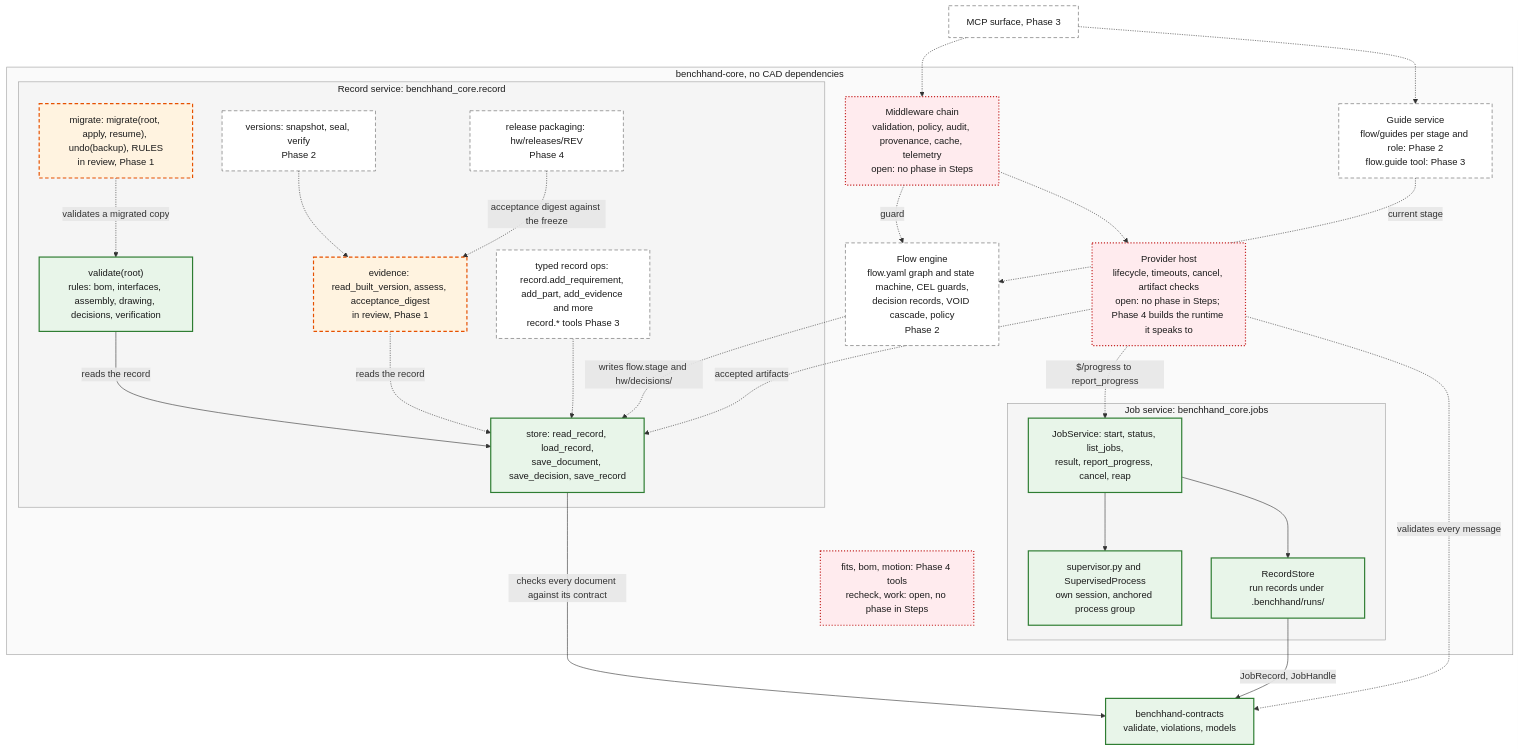
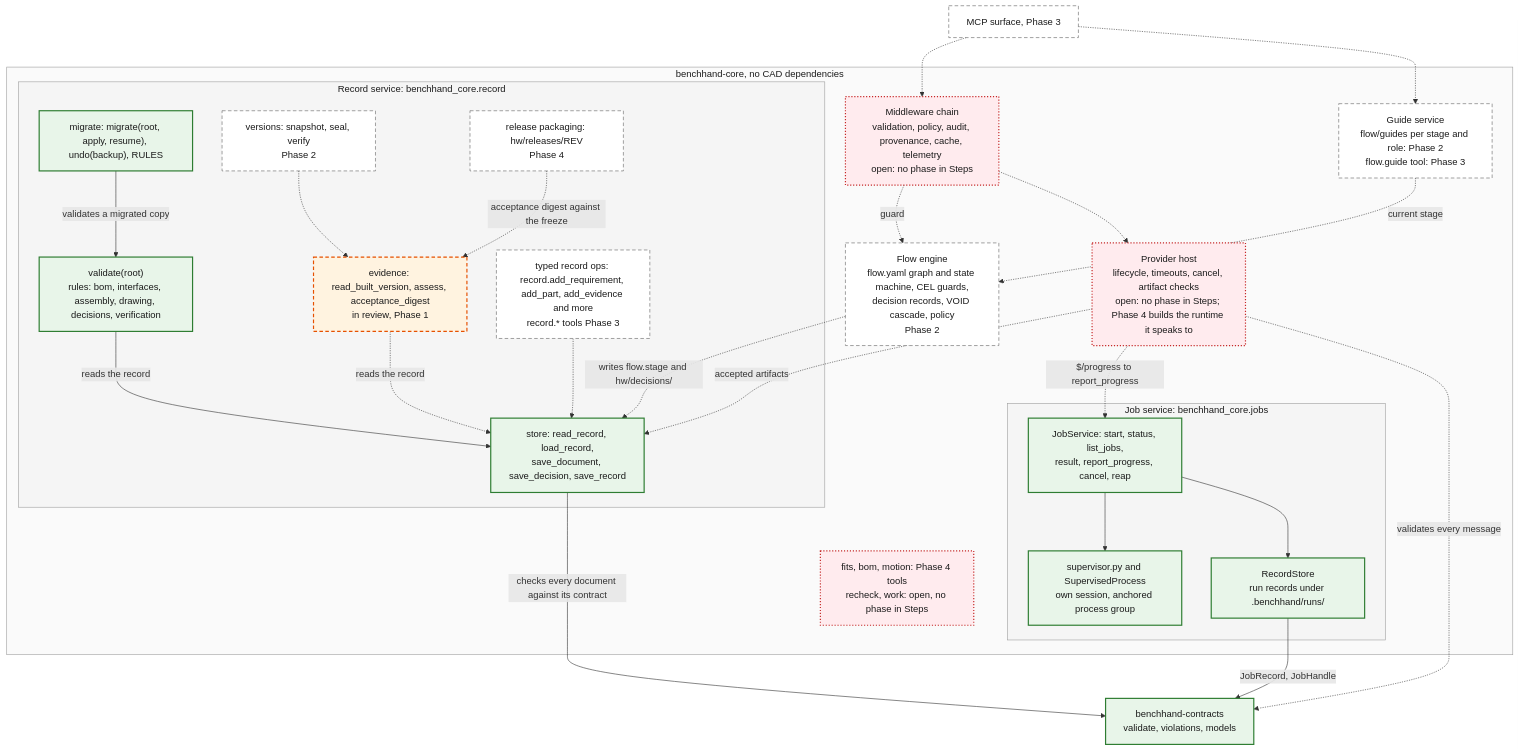
One commit to benchhand/benchhand-next changed the second of 3 diagrams in docs/architecture/containers.md. Above: the diagram before and after it, drawn with Mermaid. The commit also changed other lines of this file and 4 other files, not shown here.

Commit message:
docs(architecture): migrate is on main at d974f57; redraw the migrate sequence with the owner file, the lock naming its backup, COMPLETE with the manifest hash and kept ABANDONED backups

````diff
--- a/docs/architecture/containers.md
+++ b/docs/architecture/containers.md
@@ -68,64 +69,63 @@
 ```mermaid
 flowchart TB
   surface["MCP surface, Phase 3"]:::planned
 
   subgraph core["benchhand-core, no CAD dependencies"]
     flowEngine["Flow engine<br/>flow.yaml graph and state machine, CEL guards,<br/>decision records, VOID cascade, policy<br/>Phase 2"]:::planned
     guide["Guide service<br/>flow/guides per stage and role: Phase 2<br/>flow.guide tool: Phase 3"]:::planned
     middleware["Middleware chain<br/>validation, policy, audit, provenance, cache, telemetry<br/>open: no phase in Steps"]:::open
     providerHost["Provider host<br/>lifecycle, timeouts, cancel, artifact checks<br/>open: no phase in Steps; Phase 4 builds the runtime it speaks to"]:::open
 
     subgraph record["Record service: benchhand_core.record"]
       store["store: read_record, load_record,<br/>save_document, save_decision, save_record"]:::impl
       validate["validate(root)<br/>rules: bom, interfaces, assembly, drawing, decisions, verification"]:::impl
-      %% in-review: migrate
-      migrate["migrate: migrate(root, apply, resume), undo(backup), RULES<br/>in review, Phase 1"]:::review
+      migrate["migrate: migrate(root, apply, resume), undo(backup), RULES"]:::impl
       %% in-review: evidence
       evidence["evidence: read_built_version, assess, acceptance_digest<br/>in review, Phase 1"]:::review
       versions["versions: snapshot, seal, verify<br/>Phase 2"]:::planned
       release["release packaging: hw/releases/REV<br/>Phase 4"]:::planned
       recordOps["typed record ops: record.add_requirement, add_part, add_evidence and more<br/>record.* tools Phase 3"]:::planned
     end
 
     subgraph jobs["Job service: benchhand_core.jobs"]
       jobService["JobService: start, status, list_jobs,<br/>result, report_progress, cancel, reap"]:::impl
       supervisor["supervisor.py and SupervisedProcess<br/>own session, anchored process group"]:::impl
       runStore["RecordStore<br/>run records under .benchhand/runs/"]:::impl
     end
 
     domain["fits, bom, motion: Phase 4 tools<br/>recheck, work: open, no phase in Steps"]:::open
   end
 
   contracts["benchhand-contracts<br/>validate, violations, models"]:::impl
 
   surface -.-> middleware
   middleware -.->|"guard"| flowEngine
   middleware -.-> providerHost
   surface -.-> guide
   guide -.->|"current stage"| flowEngine
   flowEngine -.->|"writes flow.stage and hw/decisions/"| store
   recordOps -.-> store
   validate -->|"reads the record"| store
   store -->|"checks every document against its contract"| contracts
-  migrate -.->|"validates a migrated copy"| validate
+  migrate -->|"validates a migrated copy"| validate
   evidence -.->|"reads the record"| store
   versions -.-> evidence
   release -.->|"acceptance digest against the freeze"| evidence
   providerHost -.->|"$/progress to report_progress"| jobService
   providerHost -.->|"accepted artifacts"| store
   providerHost -.->|"validates every message"| contracts
   jobService --> supervisor
   jobService --> runStore
   runStore -->|"JobRecord, JobHandle"| contracts
 
   style core fill:#fafafa,stroke:#9e9e9e,color:#1b1b1b
   style record fill:#f5f5f5,stroke:#9e9e9e,color:#1b1b1b
   style jobs fill:#f5f5f5,stroke:#9e9e9e,color:#1b1b1b
 
   classDef impl fill:#e8f5e9,stroke:#2e7d32,stroke-width:2px,color:#1b1b1b
   classDef review fill:#fff3e0,stroke:#e65100,stroke-width:2px,stroke-dasharray:6 4,color:#1b1b1b
   classDef planned fill:#ffffff,stroke:#616161,stroke-width:1px,stroke-dasharray:6 4,color:#1b1b1b
   classDef open fill:#ffebee,stroke:#c62828,stroke-width:2px,stroke-dasharray:2 3,color:#1b1b1b
   classDef ext fill:#eceff1,stroke:#37474f,stroke-width:1px,color:#1b1b1b
   classDef person fill:#e3f2fd,stroke:#1565c0,stroke-width:2px,color:#1b1b1b
 ```
````
